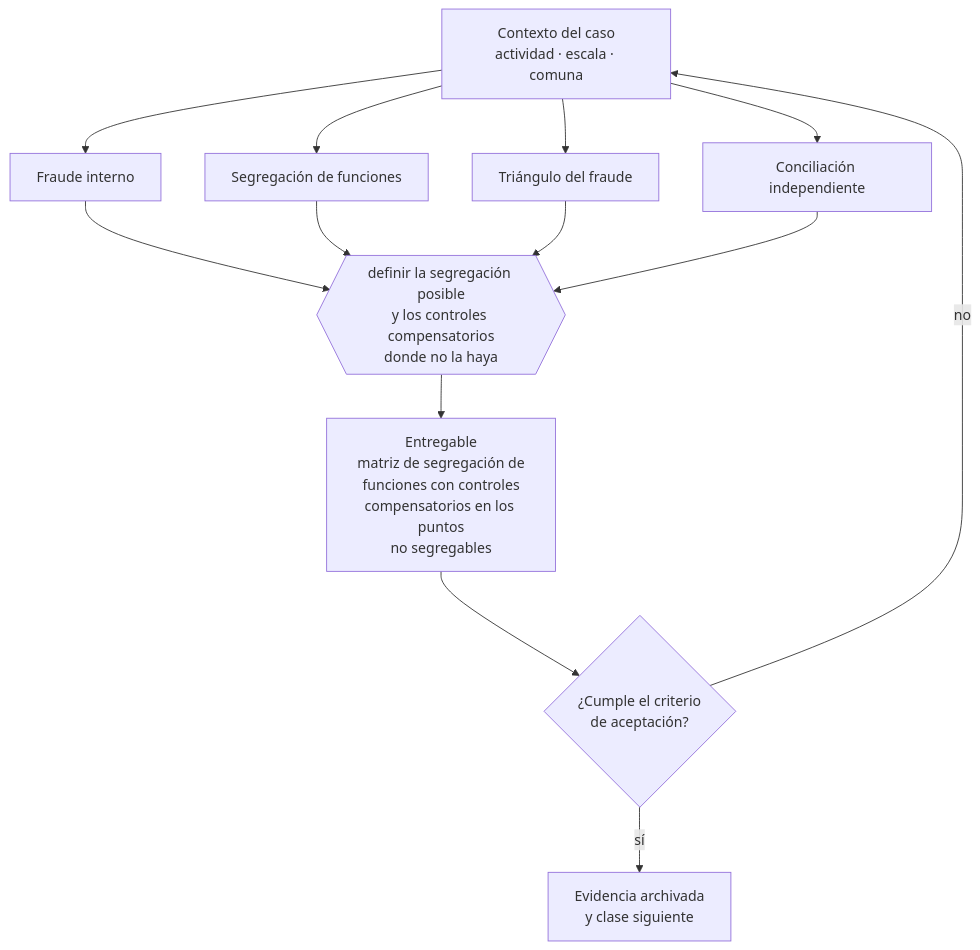
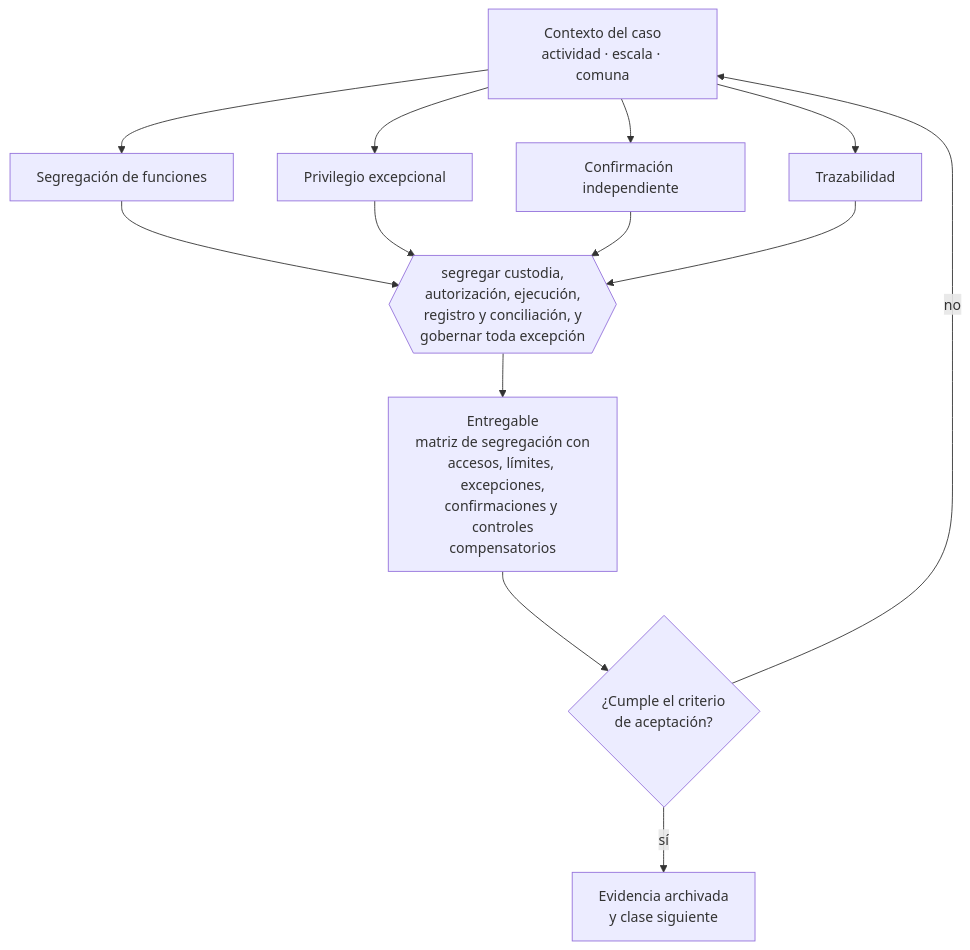
Before and after one commit to vladimiracunadev-create/modern-business-creation-program: the diagram in curriculum/part-19-compliance-riesgos-y-responsabilidad-empresarial/class-10-fraude-interno-y-segregacion-de-funciones/README.md, drawn with Mermaid. The commit also changed other lines of this file and 32 other files, not shown here.

````diff
--- a/curriculum/part-19-compliance-riesgos-y-responsabilidad-empresarial/class-10-fraude-interno-y-segregacion-de-funciones/README.md
+++ b/curriculum/part-19-compliance-riesgos-y-responsabilidad-empresarial/class-10-fraude-interno-y-segregacion-de-funciones/README.md
@@ -34,13 +34,13 @@
 ```mermaid
 flowchart TB
     C["Contexto del caso<br/>actividad · escala · comuna"]
-    C --> A1["Fraude interno"]
-    C --> A2["Segregación de funciones"]
-    C --> A3["Triángulo del fraude"]
-    C --> A4["Conciliación independiente"]
-    A1 & A2 & A3 & A4 --> D{{"definir la segregación posible<br/>y los controles compensatorios<br/>donde no la haya"}}
-    D --> E["Entregable<br/>matriz de segregación de<br/>funciones con controles<br/>compensatorios en los puntos<br/>no segregables"]
+    C --> A1["Segregación de funciones"]
+    C --> A2["Privilegio excepcional"]
+    C --> A3["Confirmación independiente"]
+    C --> A4["Trazabilidad"]
+    A1 & A2 & A3 & A4 --> D{{"segregar custodia,<br/>autorización, ejecución,<br/>registro y conciliación, y<br/>gobernar toda excepción"}}
+    D --> E["Entregable<br/>matriz de segregación con<br/>accesos, límites, excepciones,<br/>confirmaciones y controles<br/>compensatorios"]
     E --> V{"¿Cumple el criterio<br/>de aceptación?"}
     V -->|sí| S["Evidencia archivada<br/>y clase siguiente"]
     V -->|no| C
 ```
````
